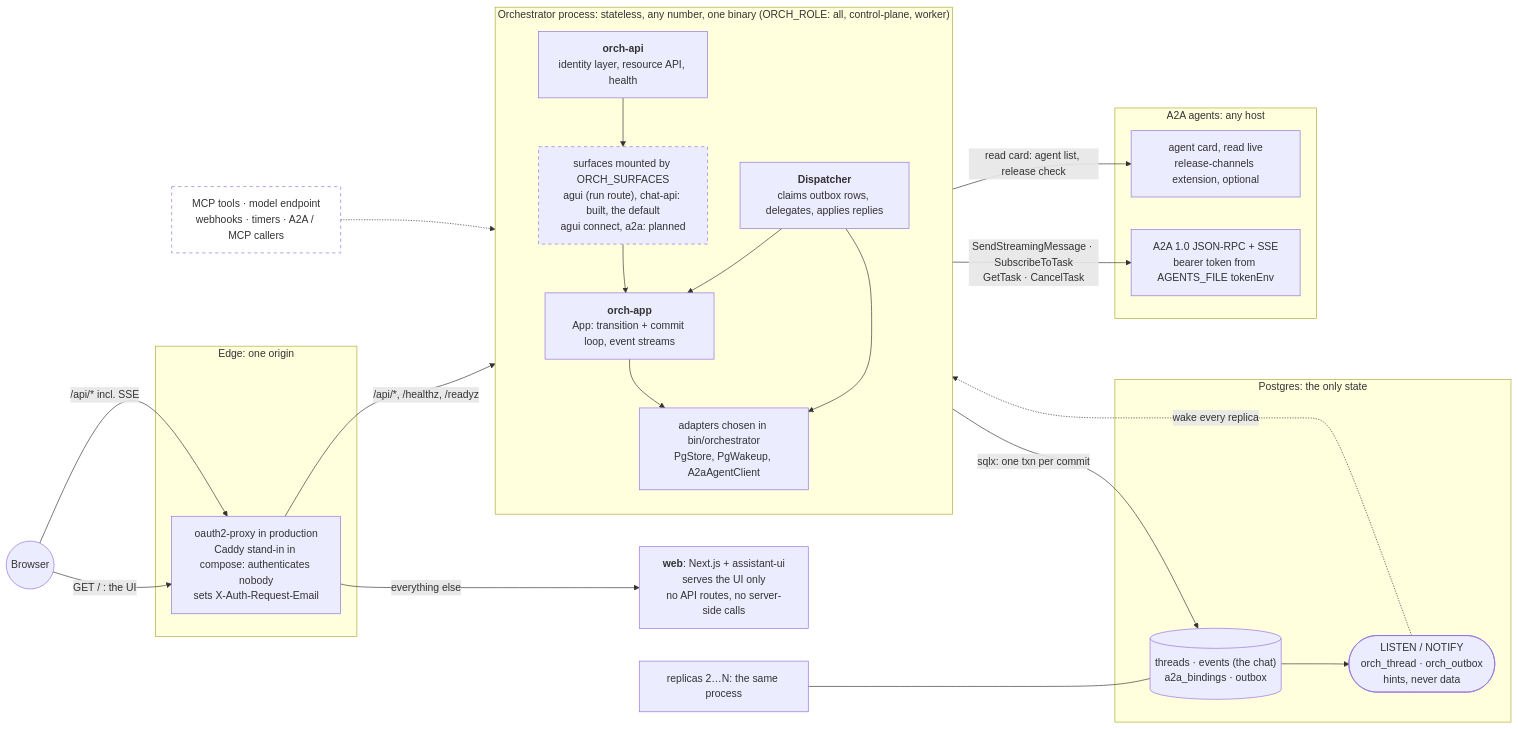
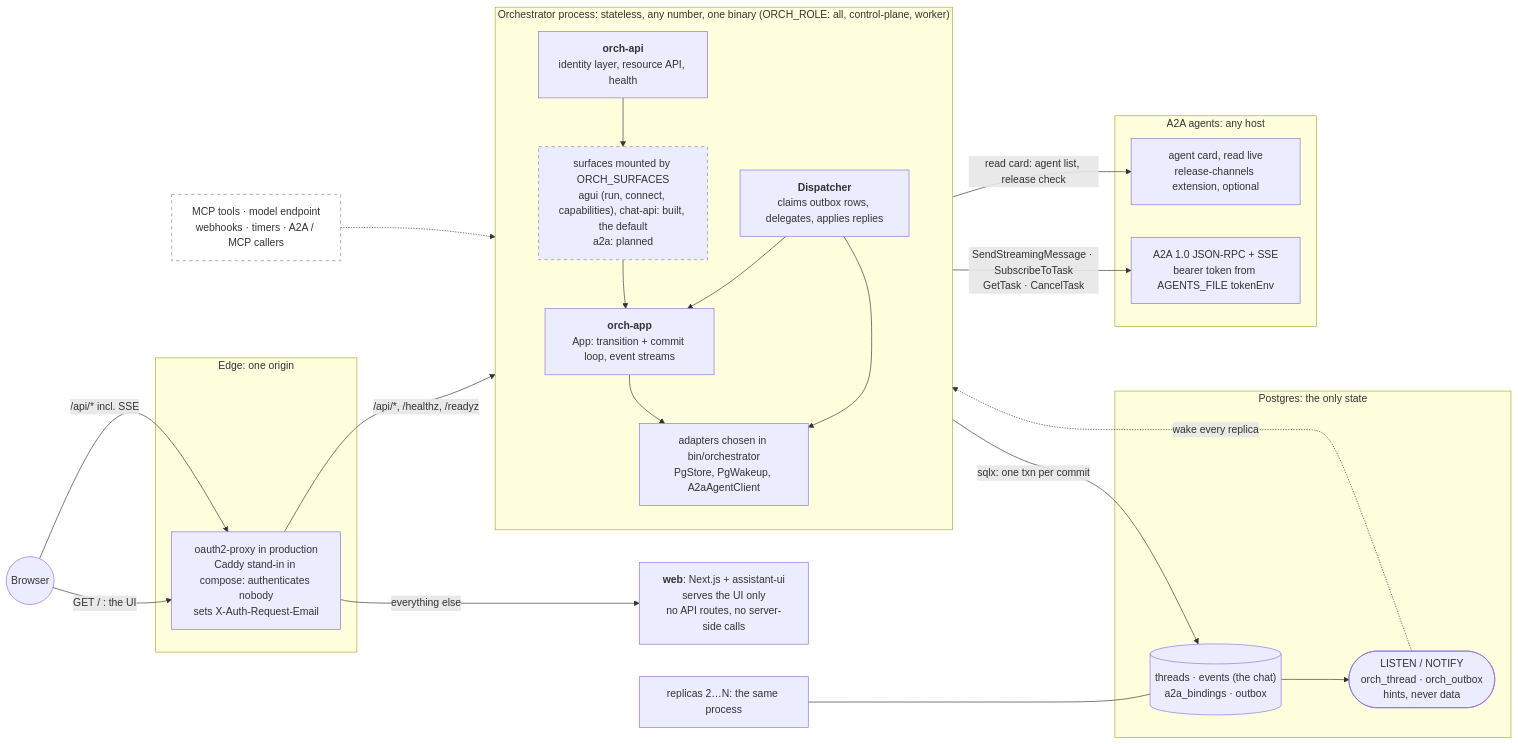
One commit to vymalo/another-agentic-system changed the first of 8 diagrams in docs/architecture.md. Above: the diagram before and after it, drawn with Mermaid. The commit also changed other lines of this file and 56 other files, not shown here.

````diff
--- a/docs/architecture.md
+++ b/docs/architecture.md
@@ -76,42 +76,42 @@
 ```mermaid
 flowchart LR
   browser(("Browser"))
   subgraph EDGE["Edge: one origin"]
     edge["oauth2-proxy in production<br/>Caddy stand-in in compose: authenticates nobody<br/>sets X-Auth-Request-Email"]
   end
   web["<b>web</b>: Next.js + assistant-ui<br/>serves the UI only<br/>no API routes, no server-side calls"]
   subgraph REPLICA["Orchestrator process: stateless, any number, one binary (ORCH_ROLE: all, control-plane, worker)"]
     direction TB
     api["<b>orch-api</b><br/>identity layer, resource API, health"]
-    surfaces["surfaces mounted by ORCH_SURFACES<br/>agui (run route), chat-api: built, the default<br/>agui connect, a2a: planned"]
+    surfaces["surfaces mounted by ORCH_SURFACES<br/>agui (run, connect, capabilities), chat-api: built, the default<br/>a2a: planned"]
     app["<b>orch-app</b><br/>App: transition + commit loop, event streams"]
     disp["<b>Dispatcher</b><br/>claims outbox rows, delegates, applies replies"]
     adapters["adapters chosen in bin/orchestrator<br/>PgStore, PgWakeup, A2aAgentClient"]
     api --> surfaces --> app
     disp --> app
     app --> adapters
     disp --> adapters
   end
   subgraph PG["Postgres: the only state"]
     tables[("threads · events (the chat)<br/>a2a_bindings · outbox")]
     notify(["LISTEN / NOTIFY<br/>orch_thread · orch_outbox<br/>hints, never data"])
   end
   subgraph AGENTS["A2A agents: any host"]
     card["agent card, read live<br/>release-channels extension, optional"]
     a2a["A2A 1.0 JSON-RPC + SSE<br/>bearer token from AGENTS_FILE tokenEnv"]
   end
   browser -- "GET / : the UI" --> edge
   browser -- "/api/* incl. SSE" --> edge
   edge -- "everything else" --> web
   edge -- "/api/*, /healthz, /readyz" --> api
   adapters -- "sqlx: one txn per commit" --> tables
   tables --> notify
   notify -. "wake every replica" .-> adapters
   adapters -- "SendStreamingMessage · SubscribeToTask<br/>GetTask · CancelTask" --> a2a
   adapters -- "read card: agent list, release check" --> card
   more["replicas 2…N: the same process"] --- tables
   mcp["MCP tools · model endpoint<br/>webhooks · timers · A2A / MCP callers"]:::planned
   mcp -.-> api
   classDef planned stroke-dasharray: 5 5,fill:none
   style surfaces stroke-dasharray: 5 5
 ```
````
